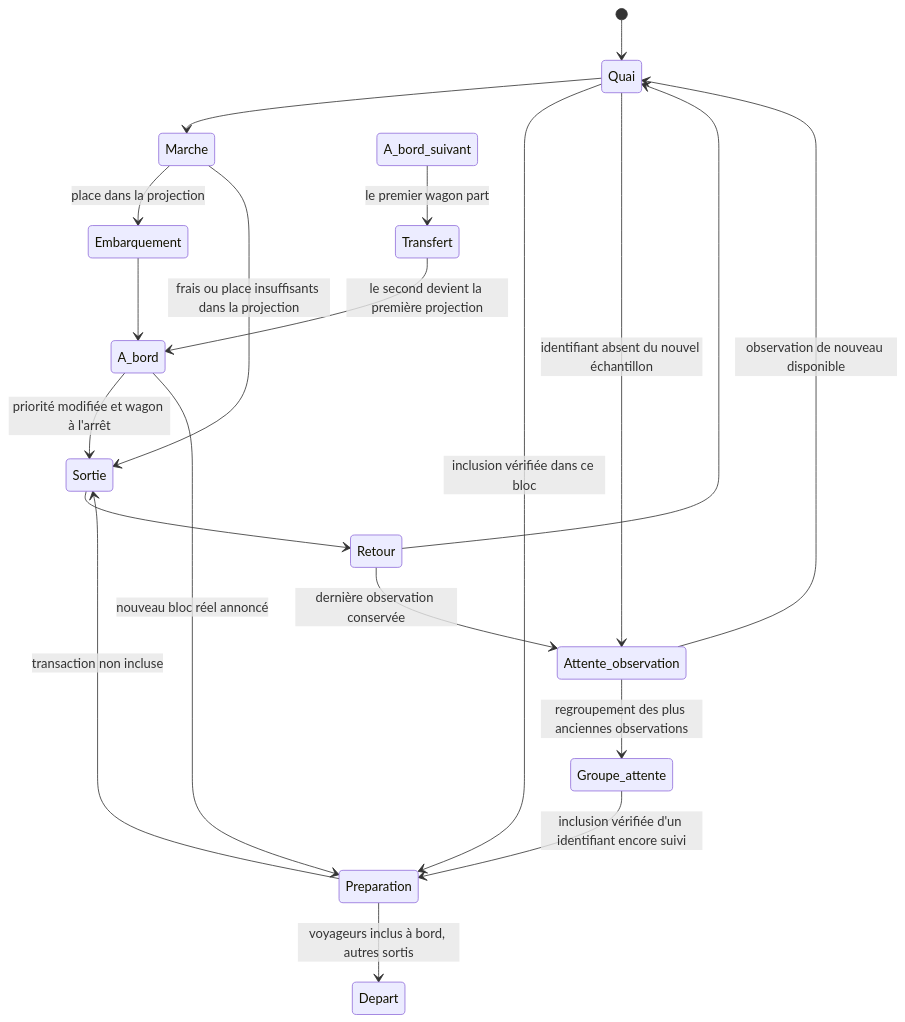
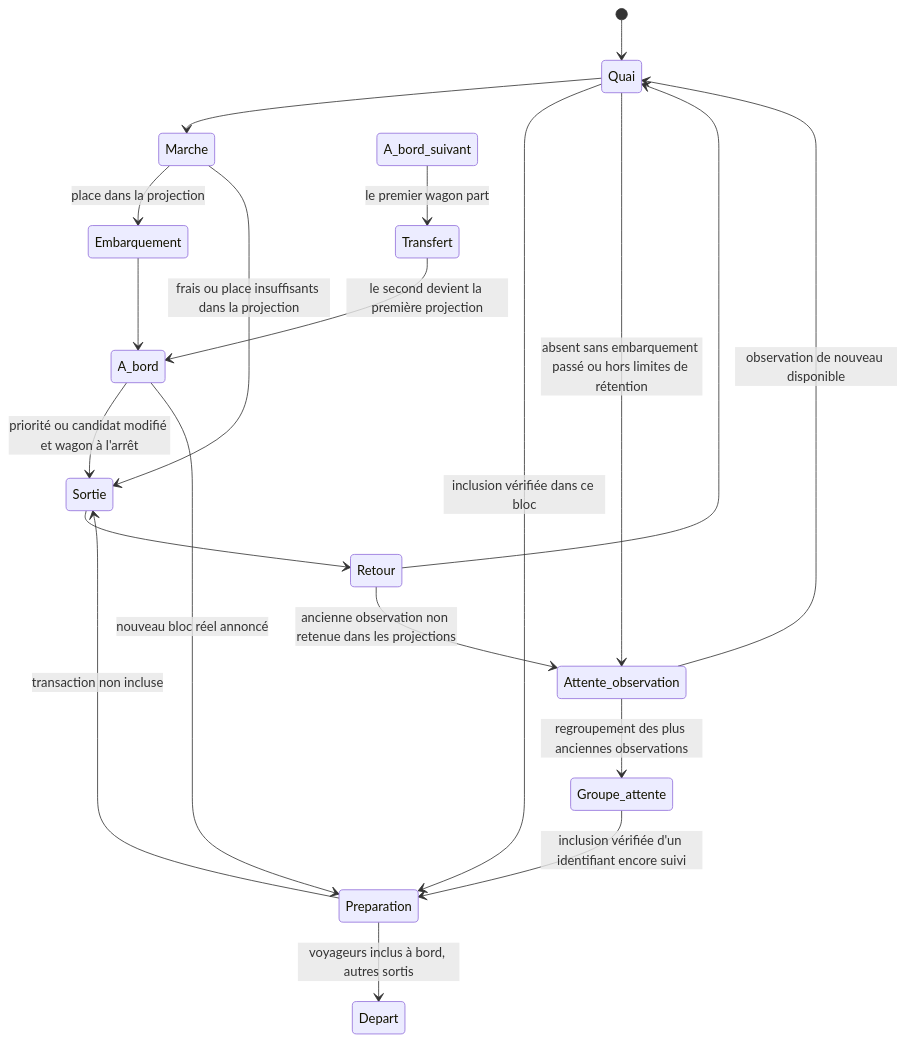
Before and after one commit to arnaud71/blocklane: the diagram in docs/animation.md, drawn with Mermaid. The commit also changed other lines of this file and 139 other files, not shown here.

````diff
--- a/docs/animation.md
+++ b/docs/animation.md
@@ -7,22 +79,22 @@
 ```mermaid
 stateDiagram-v2
     [*] --> Quai
     Quai --> Marche
     Marche --> Embarquement: place dans la projection
     Embarquement --> A_bord
     Marche --> Sortie: frais ou place insuffisants dans la projection
-    A_bord --> Sortie: priorité modifiée et wagon à l'arrêt
+    A_bord --> Sortie: priorité ou candidat modifié et wagon à l'arrêt
     A_bord --> Preparation: nouveau bloc réel annoncé
     Quai --> Preparation: inclusion vérifiée dans ce bloc
     Preparation --> Depart: voyageurs inclus à bord, autres sortis
     Preparation --> Sortie: transaction non incluse
     A_bord_suivant --> Transfert: le premier wagon part
     Transfert --> A_bord: le second devient la première projection
     Sortie --> Retour
     Retour --> Quai
-    Quai --> Attente_observation: identifiant absent du nouvel échantillon
-    Retour --> Attente_observation: dernière observation conservée
+    Quai --> Attente_observation: absent sans embarquement passé ou hors limites de rétention
+    Retour --> Attente_observation: ancienne observation non retenue dans les projections
     Attente_observation --> Quai: observation de nouveau disponible
     Attente_observation --> Groupe_attente: regroupement des plus anciennes observations
     Groupe_attente --> Preparation: inclusion vérifiée d'un identifiant encore suivi
 ```
````
